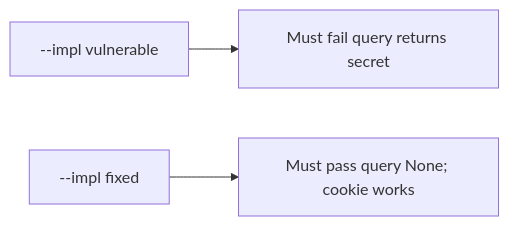
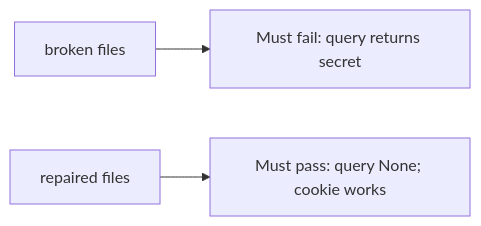
One commit to ishitvagoel/LearnSecurity changed the diagram in content/modules/4/4.3/lessons/05-verify.md. Above: the diagram before and after it, drawn with Mermaid. The commit also changed other lines of this file and 39 other files, not shown here.

````diff
--- a/content/modules/4/4.3/lessons/05-verify.md
+++ b/content/modules/4/4.3/lessons/05-verify.md
@@ -15,5 +14,5 @@
 ```mermaid
 flowchart LR
-  V["--impl vulnerable"] --> F["Must fail query returns secret"]
-  X["--impl fixed"] --> P["Must pass query None; cookie works"]
+  V["broken files"] --> F["Must fail: query returns secret"]
+  X["repaired files"] --> P["Must pass: query None; cookie works"]
 ```
````
